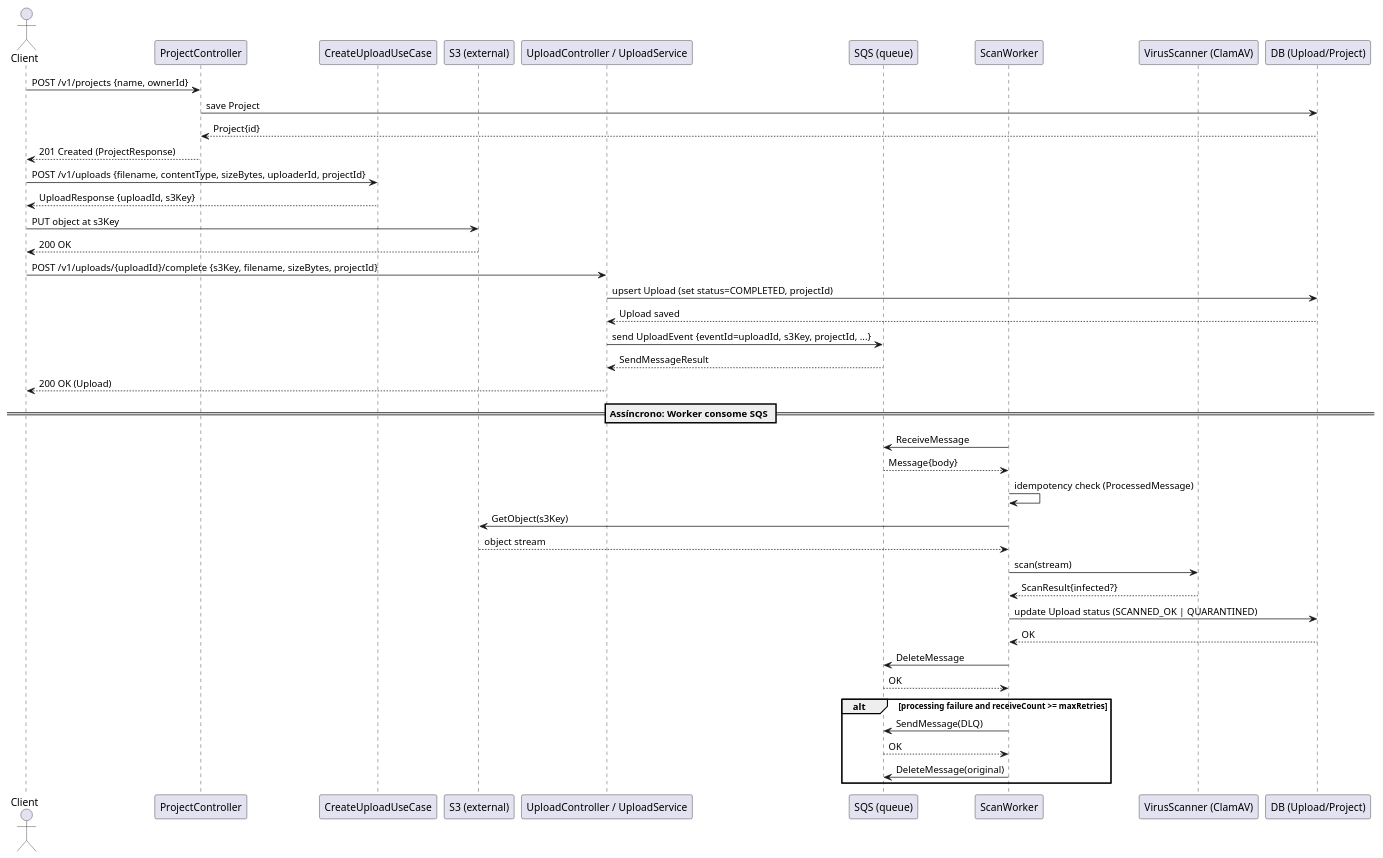
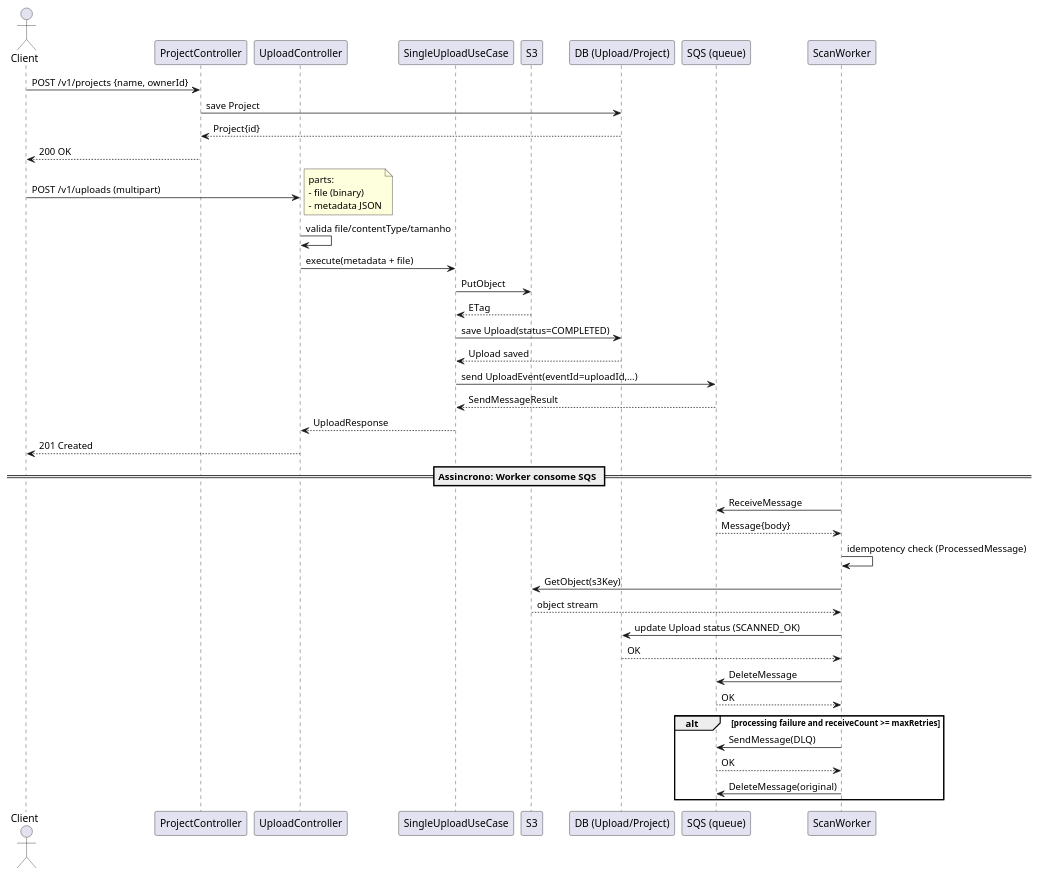
One commit to architecture-ai-analyzer/upload-service changed the diagram in docs/sequence-upload.md. Above: the diagram before and after it, drawn with PlantUML. The commit also changed other lines of this file and 38 other files, not shown here.

Commit message:
feat(upload-service): ajsuta fluxo de upload

````diff
--- a/docs/sequence-upload.md
+++ b/docs/sequence-upload.md
@@ -25,51 +111,53 @@
 ```plantuml
 @startuml
 actor Client
 participant "ProjectController" as PC
-participant "CreateUploadUseCase" as CU
-participant "S3 (external)" as S3
-participant "UploadController / UploadService" as US
+participant "UploadController" as UC
+participant "SingleUploadUseCase" as SU
+participant "S3" as S3
+participant "DB (Upload/Project)" as DB
 participant "SQS (queue)" as SQS
 participant "ScanWorker" as SW
-participant "VirusScanner (ClamAV)" as VS
-participant "DB (Upload/Project)" as DB
 
 Client -> PC: POST /v1/projects {name, ownerId}
 PC -> DB: save Project
 DB --> PC: Project{id}
-PC --> Client: 201 Created (ProjectResponse)
+PC --> Client: 200 OK
 
-Client -> CU: POST /v1/uploads {filename, contentType, sizeBytes, uploaderId, projectId}
-CU --> Client: UploadResponse {uploadId, s3Key}
+Client -> UC: POST /v1/uploads (multipart)
+note right
+parts:
+- file (binary)
+- metadata JSON
+end note
 
-Client -> S3: PUT object at s3Key
-S3 --> Client: 200 OK
+UC -> UC: valida file/contentType/tamanho
+UC -> SU: execute(metadata + file)
+SU -> S3: PutObject
+S3 --> SU: ETag
+SU -> DB: save Upload(status=COMPLETED)
+DB --> SU: Upload saved
+SU -> SQS: send UploadEvent(eventId=uploadId,...)
+SQS --> SU: SendMessageResult
+SU --> UC: UploadResponse
+UC --> Client: 201 Created
 
-Client -> US: POST /v1/uploads/{uploadId}/complete {s3Key, filename, sizeBytes, projectId}
-US -> DB: upsert Upload (set status=COMPLETED, projectId)
-DB --> US: Upload saved
-US -> SQS: send UploadEvent {eventId=uploadId, s3Key, projectId, ...}
-SQS --> US: SendMessageResult
-US --> Client: 200 OK (Upload)
-
-== Assíncrono: Worker consome SQS ==
+== Assincrono: Worker consome SQS ==
 SW -> SQS: ReceiveMessage
 SQS --> SW: Message{body}
 SW -> SW: idempotency check (ProcessedMessage)
 SW -> S3: GetObject(s3Key)
 S3 --> SW: object stream
-SW -> VS: scan(stream)
-VS --> SW: ScanResult{infected?}
-SW -> DB: update Upload status (SCANNED_OK | QUARANTINED)
+SW -> DB: update Upload status (SCANNED_OK)
 DB --> SW: OK
 SW -> SQS: DeleteMessage
 SQS --> SW: OK
 
 alt processing failure and receiveCount >= maxRetries
-    SW -> SQS: SendMessage(DLQ)
-    SQS --> SW: OK
-    SW -> SQS: DeleteMessage(original)
+        SW -> SQS: SendMessage(DLQ)
+        SQS --> SW: OK
+        SW -> SQS: DeleteMessage(original)
 end
 
 @enduml
 ```
````
